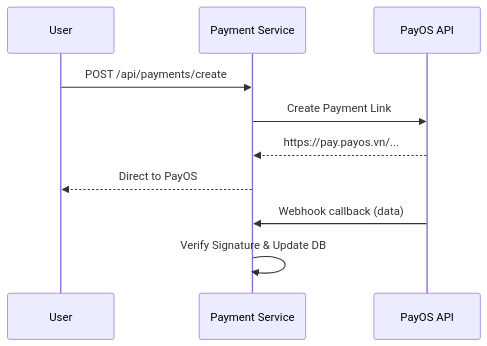
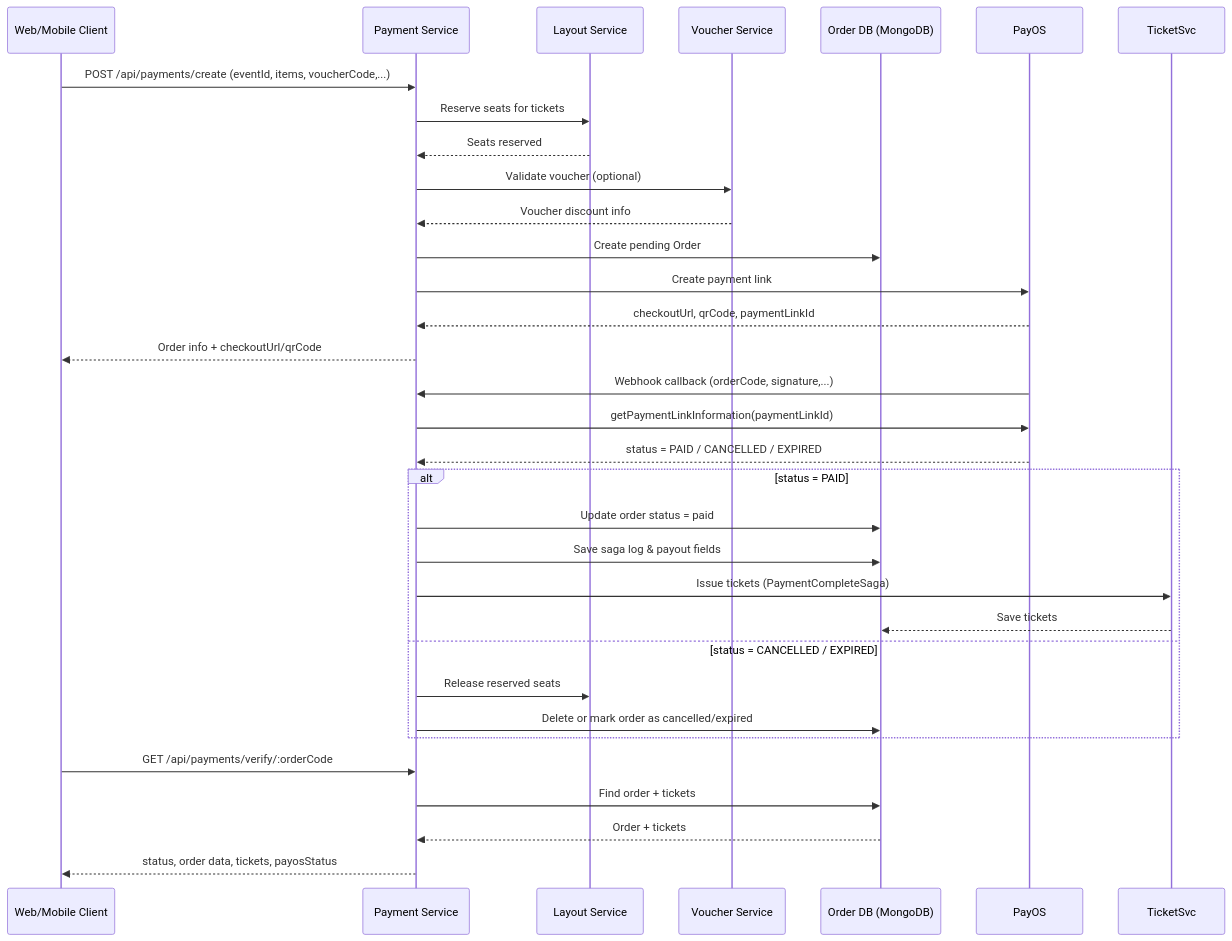
Before and after one commit to SDN-Group5/Event-Ticketing-Platform: the tenth of 28 diagrams in doc/UML/Phuoc_PaymentCheckin.md, drawn with Mermaid. The commit also changed other lines of this file and 19 other files, not shown here.

````diff
--- a/doc/UML/Phuoc_PaymentCheckin.md
+++ b/doc/UML/Phuoc_PaymentCheckin.md
@@ -131,12 +137,41 @@
 ```mermaid
 sequenceDiagram
-    participant U as User
+    participant FE as Web/Mobile Client
     participant P as Payment Service
-    participant OS as PayOS API
-    U->>P: POST /api/payments/create
-    P->>OS: Create Payment Link
-    OS-->>P: https://pay.payos.vn/...
-    P-->>U: Direct to PayOS
-    OS->>P: Webhook callback (data)
-    P->>P: Verify Signature & Update DB
+    participant L as Layout Service
+    participant V as Voucher Service
+    participant DB as Order DB (MongoDB)
+    participant OS as PayOS
+
+    %% 1) User tạo thanh toán
+    FE->>P: POST /api/payments/create (eventId, items, voucherCode,...)
+    P->>L: Reserve seats for tickets
+    L-->>P: Seats reserved
+    P->>V: Validate voucher (optional)
+    V-->>P: Voucher discount info
+    P->>DB: Create pending Order
+    P->>OS: Create payment link
+    OS-->>P: checkoutUrl, qrCode, paymentLinkId
+    P-->>FE: Order info + checkoutUrl/qrCode
+
+    %% 2) User thanh toán và PayOS gửi webhook
+    OS->>P: Webhook callback (orderCode, signature,...)
+    P->>OS: getPaymentLinkInformation(paymentLinkId)
+    OS-->>P: status = PAID / CANCELLED / EXPIRED
+    alt status = PAID
+        P->>DB: Update order status = paid
+        P->>DB: Save saga log & payout fields
+        P->>TicketSvc: Issue tickets (PaymentCompleteSaga)
+        TicketSvc-->>DB: Save tickets
+    else status = CANCELLED / EXPIRED
+        P->>L: Release reserved seats
+        P->>DB: Delete or mark order as cancelled/expired
+    end
+
+    %% 3) FE kiểm tra kết quả
+    FE->>P: GET /api/payments/verify/:orderCode
+    P->>DB: Find order + tickets
+    DB-->>P: Order + tickets
+    P-->>FE: status, order data, tickets, payosStatus
+
 ```
````
